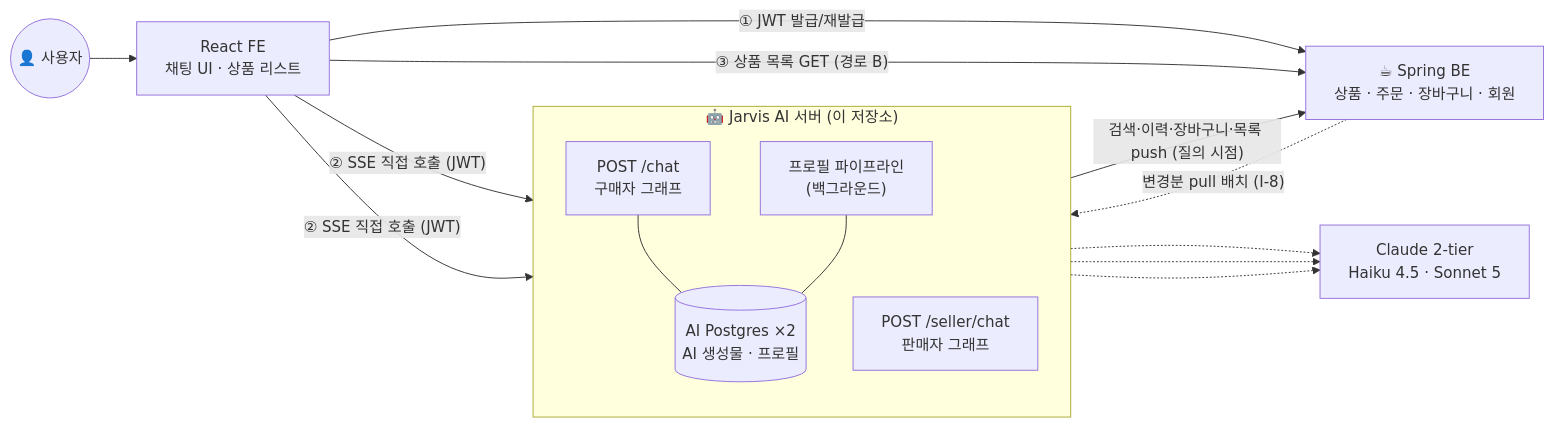
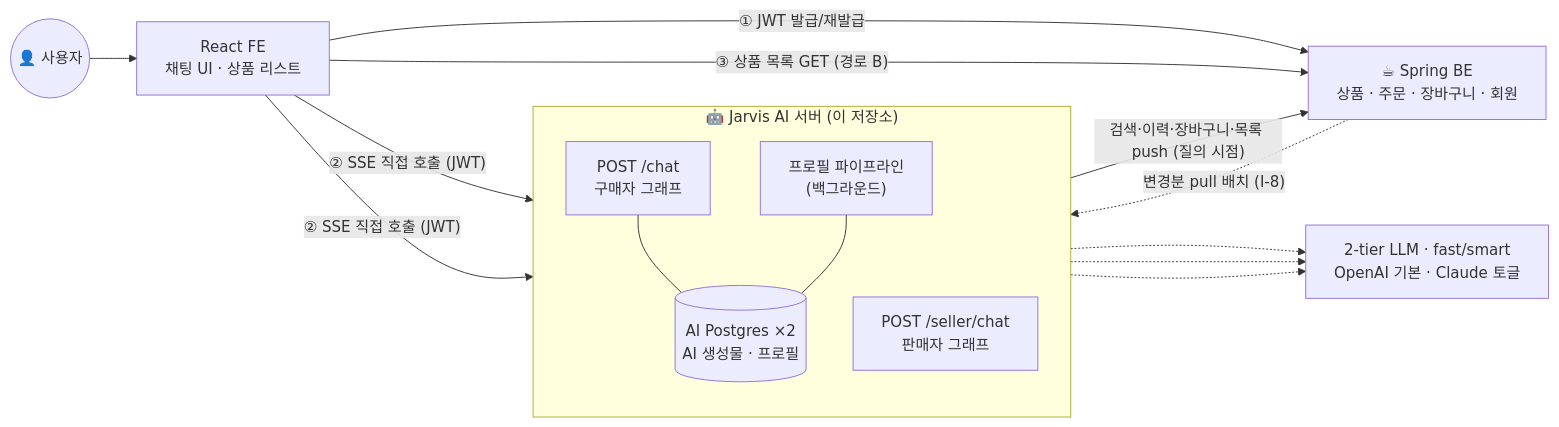
Before and after one commit to toss-delta-final/jarvis-ai: the diagram in README.md, drawn with Mermaid. The commit also changed other lines of this file, not shown here.

First line of the commit message:
docs(readme): LLM provider 토글 반영 — 배지·아키텍처·기술스택

````diff
--- a/README.md
+++ b/README.md
@@ -43,25 +43,25 @@
 ```mermaid
 flowchart LR
     User(("👤 사용자"))
     FE["React FE<br/>채팅 UI · 상품 리스트"]
     subgraph AI["🤖 Jarvis AI 서버 (이 저장소)"]
         direction TB
         Chat["POST /chat<br/>구매자 그래프"]
         Seller["POST /seller/chat<br/>판매자 그래프"]
         Profile["프로필 파이프라인<br/>(백그라운드)"]
         PG[("AI Postgres ×2<br/>AI 생성물 · 프로필")]
         Chat --- PG
         Profile --- PG
     end
     Spring["☕ Spring BE<br/>상품 · 주문 · 장바구니 · 회원"]
-    LLM["Claude 2-tier<br/>Haiku 4.5 · Sonnet 5"]
+    LLM["2-tier LLM · fast/smart<br/>OpenAI 기본 · Claude 토글"]
 
     User --> FE
     FE -- "① JWT 발급/재발급" --> Spring
     FE -- "② SSE 직접 호출 (JWT)" --> Chat
     FE -- "② SSE 직접 호출 (JWT)" --> Seller
     Chat -- "검색·이력·장바구니·목록 push (질의 시점)" --> Spring
     FE -- "③ 상품 목록 GET (경로 B)" --> Spring
     Chat & Seller & Profile -.-> LLM
     Spring -. "변경분 pull 배치 (I-8)" .-> PG
 ```
````
